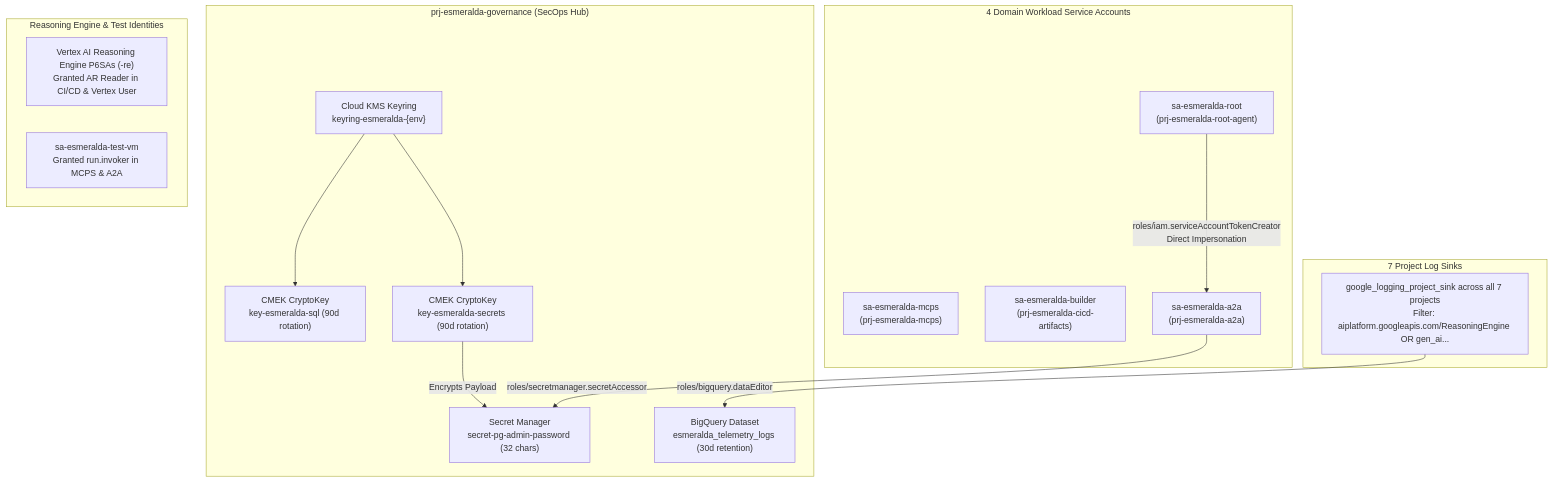
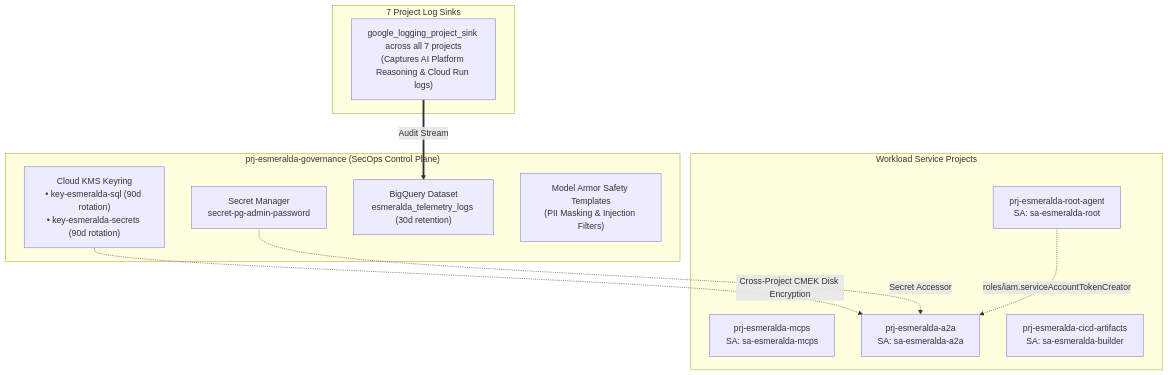
The diagram in docs/1-platform-foundations/03-security-iam-and-telemetry.md (google/esmeralda), drawn with Mermaid before and after one commit. The commit also changed other lines of this file and 14 other files, not shown here.

First line of the commit message:
docs: complete enterprise architecture overhaul with ADRs, personas, and dark mode diagrams

````diff
--- a/docs/1-platform-foundations/03-security-iam-and-telemetry.md
+++ b/docs/1-platform-foundations/03-security-iam-and-telemetry.md
@@ -125,32 +52,25 @@
 ```mermaid
 flowchart TD
-    subgraph Gov["prj-esmeralda-governance (SecOps Hub)"]
-        KMS["Cloud KMS Keyring<br/>keyring-esmeralda-{env}"]
-        KeySQL["CMEK CryptoKey<br/>key-esmeralda-sql (90d rotation)"]
-        KeySec["CMEK CryptoKey<br/>key-esmeralda-secrets (90d rotation)"]
-        Secret["Secret Manager<br/>secret-pg-admin-password (32 chars)"]
+    subgraph Gov["prj-esmeralda-governance (SecOps Control Plane)"]
+        KMS["Cloud KMS Keyring<br/>• key-esmeralda-sql (90d rotation)<br/>• key-esmeralda-secrets (90d rotation)"]
+        Secrets["Secret Manager<br/>secret-pg-admin-password"]
         BQ["BigQuery Dataset<br/>esmeralda_telemetry_logs (30d retention)"]
+        Armor["Model Armor Safety Templates<br/>(PII Masking & Injection Filters)"]
     end
 
-    subgraph WorkloadSAs["4 Domain Workload Service Accounts"]
-        MCPS_SA["sa-esmeralda-mcps<br/>(prj-esmeralda-mcps)"]
-        Builder_SA["sa-esmeralda-builder<br/>(prj-esmeralda-cicd-artifacts)"]
-        A2A_SA["sa-esmeralda-a2a<br/>(prj-esmeralda-a2a)"]
-        Root_SA["sa-esmeralda-root<br/>(prj-esmeralda-root-agent)"]
-    end
-
-    subgraph Reasoning["Reasoning Engine & Test Identities"]
-        RE_Robots["Vertex AI Reasoning Engine P6SAs (-re)<br/>Granted AR Reader in CI/CD & Vertex User"]
-        TestVM["sa-esmeralda-test-vm<br/>Granted run.invoker in MCPS & A2A"]
+    subgraph Workloads["Workload Service Projects"]
+        P_MCPS["prj-esmeralda-mcps<br/>SA: sa-esmeralda-mcps"]
+        P_A2A["prj-esmeralda-a2a<br/>SA: sa-esmeralda-a2a"]
+        P_Root["prj-esmeralda-root-agent<br/>SA: sa-esmeralda-root"]
+        P_CI["prj-esmeralda-cicd-artifacts<br/>SA: sa-esmeralda-builder"]
     end
 
     subgraph Sinks["7 Project Log Sinks"]
-        LogSinks["google_logging_project_sink across all 7 projects<br/>Filter: aiplatform.googleapis.com/ReasoningEngine OR gen_ai..."]
+        AllSinks["google_logging_project_sink across all 7 projects<br/>(Captures AI Platform Reasoning & Cloud Run logs)"]
     end
 
-    KMS --> KeySQL & KeySec
-    KeySec -->|Encrypts Payload| Secret
-    A2A_SA -->|roles/secretmanager.secretAccessor| Secret
-    Root_SA -->|roles/iam.serviceAccountTokenCreator<br/>Direct Impersonation| A2A_SA
-    LogSinks -->|roles/bigquery.dataEditor| BQ
+    KMS -.->|Cross-Project CMEK Disk Encryption| P_A2A
+    Secrets -.->|Secret Accessor| P_A2A
+    AllSinks ==>|Audit Stream| BQ
+    P_Root -.->|roles/iam.serviceAccountTokenCreator| P_A2A
 ```
````
